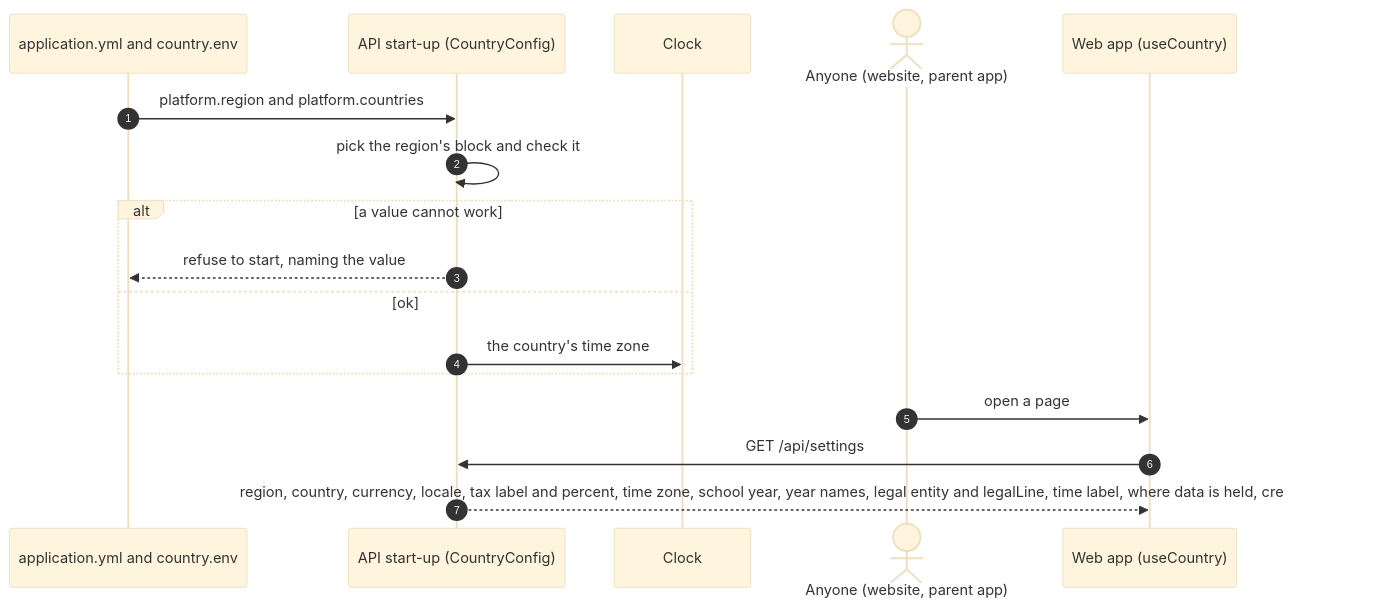
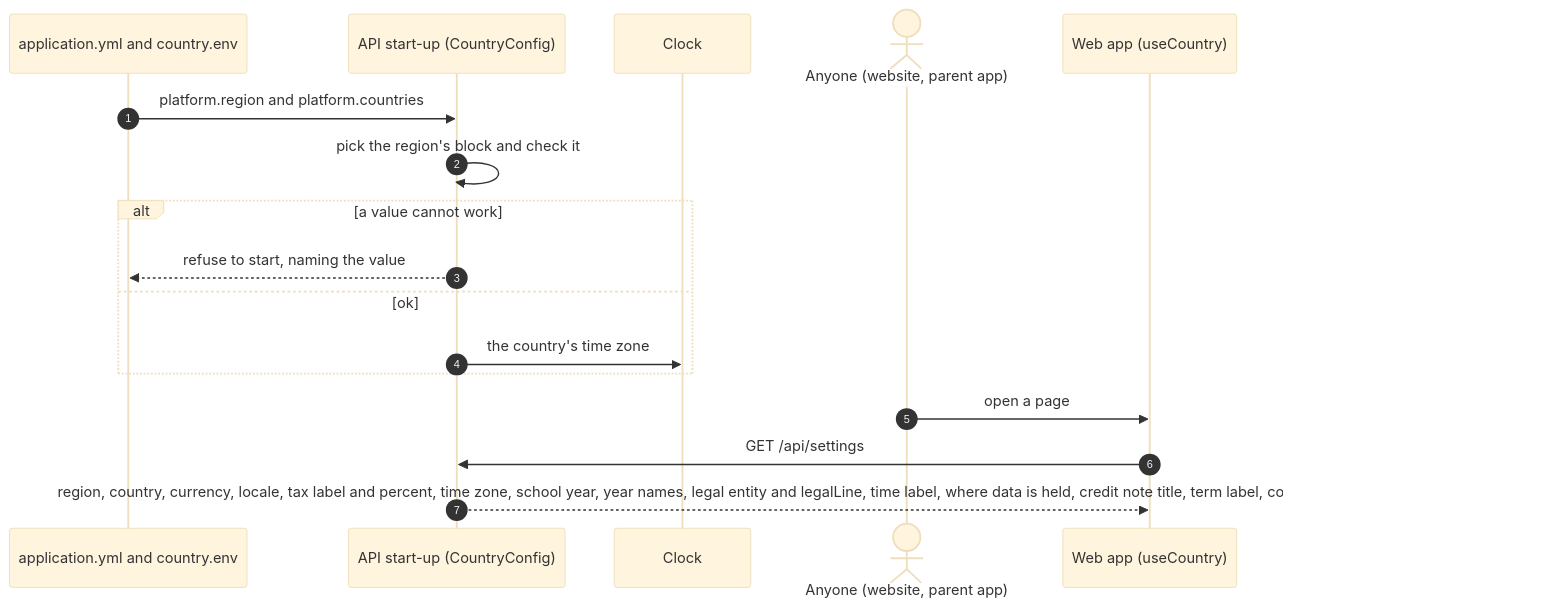
Before and after one commit to ersagarnikam/MoterMoversPlatform: the fourth of 4 diagrams in docs/flows/0-everyone.md, drawn with Mermaid (base theme). The commit also changed other lines of this file and 28 other files, not shown here.

First line of the commit message:
Take contact details and the curriculum line from the country settings

````diff
--- a/docs/flows/0-everyone.md
+++ b/docs/flows/0-everyone.md
@@ -175,19 +175,19 @@
 ```mermaid
 sequenceDiagram
   autonumber
   participant Y as application.yml and country.env
   participant API as API start-up (CountryConfig)
   participant C as Clock
   actor V as Anyone (website, parent app)
   participant W as Web app (useCountry)
   Y->>API: platform.region and platform.countries
   API->>API: pick the region's block and check it
   alt a value cannot work
     API-->>Y: refuse to start, naming the value
   else ok
     API->>C: the country's time zone
   end
   V->>W: open a page
   W->>API: GET /api/settings
-  API-->>W: region, country, currency, locale, tax label and percent, time zone, school year, year names, legal entity and legalLine, time label, where data is held, credit note title
+  API-->>W: region, country, currency, locale, tax label and percent, time zone, school year, year names, legal entity and legalLine, time label, where data is held, credit note title, term label, contact email and phone, curriculum line
 ```
````
